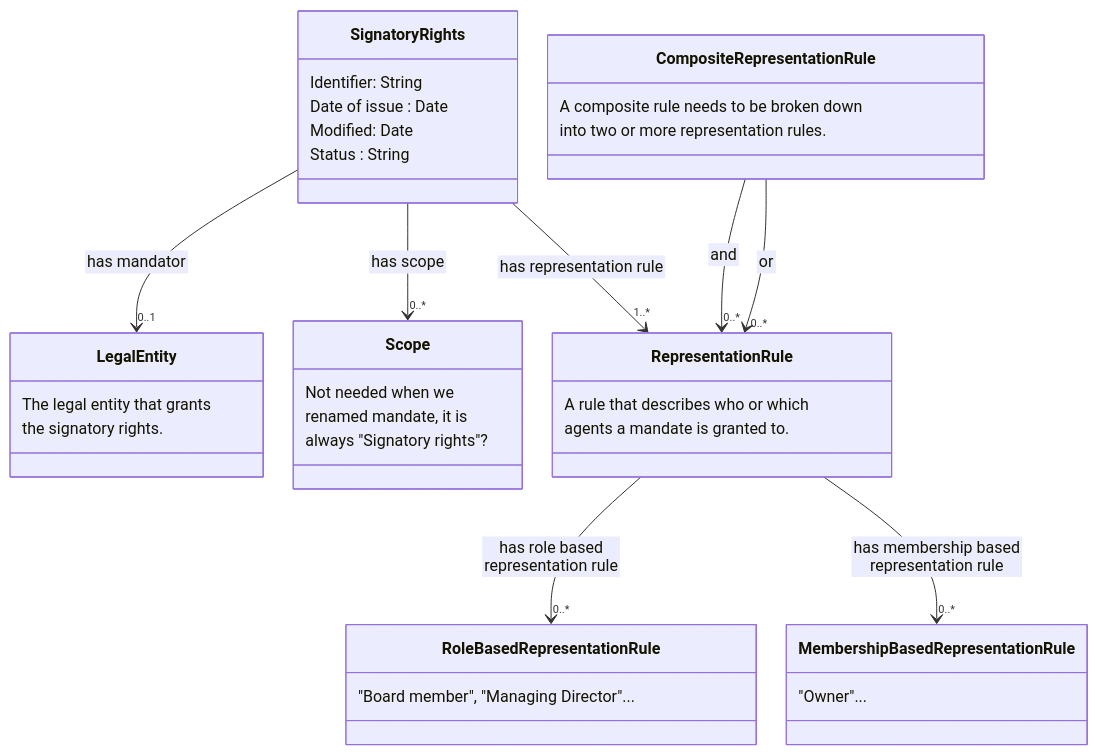
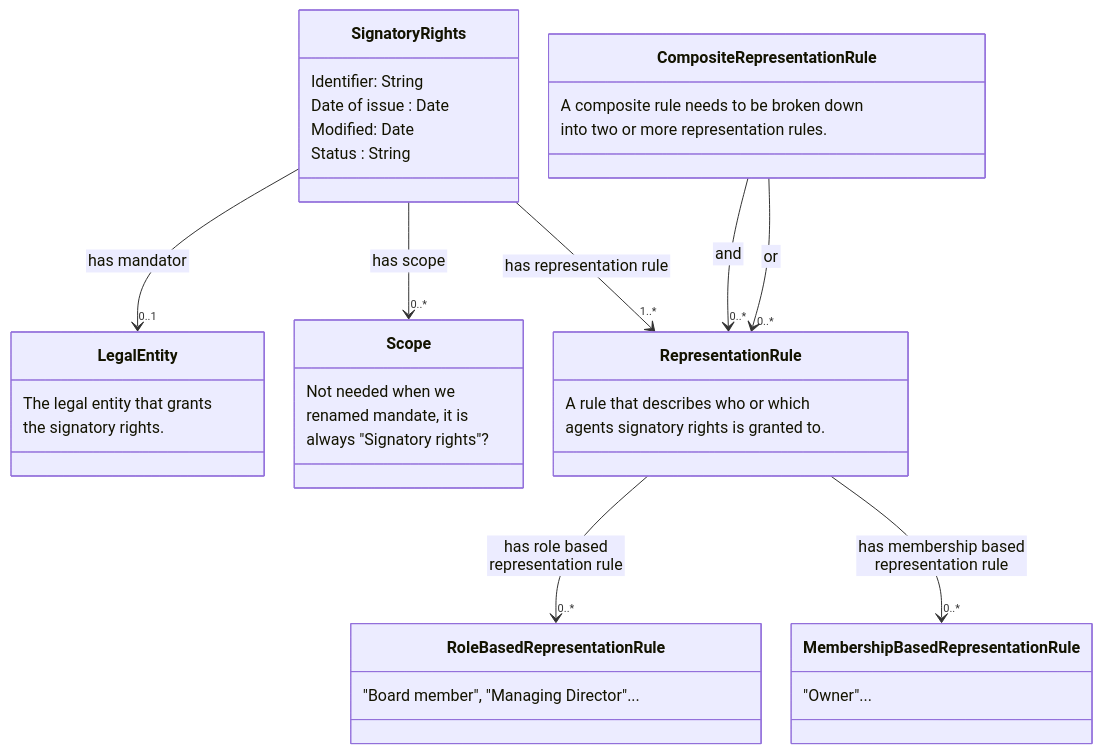
The diagram in README.md (nordicsmartgovernment/Nordic-Signatory-Rights-Model), drawn with Mermaid before and after one commit. The commit also changed other lines of this file, not shown here.

````diff
--- a/README.md
+++ b/README.md
@@ -22,54 +22,54 @@
 ```mermaid
  %%{init:{'flowchart':{'nodeSpacing': 30, 'rankSpacing': 95, 'htmlLabels': false}}}%%
     classDiagram
        
         class Signatory Rights {
             Identifier: String
             Date of issue : Date
             Modified: Date
             Status : String
         }
 
         Signatory Rights --> "0..1" Legal Entity : has mandator
         Signatory Rights --> "0..*" Scope : has scope
         Signatory Rights --> "1..*" Representation Rule : has representation rule
 
         class Legal Entity {
            The legal entity that grants
            the signatory rights.
         }
 
         class Scope {
            Not needed when we
            renamed mandate, it is
            always "Signatory rights"?
         }
 
         class Representation Rule {
            A rule that describes who or which
-           agents a mandate is granted to.
+           agents signatory rights is granted to.
         }
 
         Representation Rule  --> "0..*" Role Based Representation Rule : has role based representation rule
         Representation Rule --> "0..*" Membership Based Representation Rule : has membership based representation rule
 
         class Role Based Representation Rule {
            "Board member", "Managing Director"...
         }
 
         class Membership Based Representation Rule {
            "Owner"...
         }
 
         class Composite Representation Rule {
            A composite rule needs to be broken down
            into two or more representation rules.
         }
 
         Composite Representation Rule --> "0..*" Representation Rule : and
         Composite Representation Rule --> "0..*" Representation Rule : or
 
         class Scope {
         }
 
 ```
````
